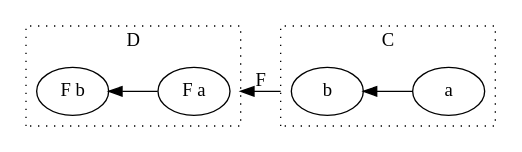
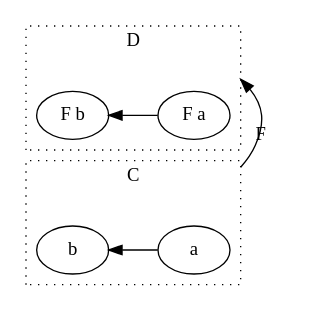
The fifth of 6 diagrams in org/grokking-monad/index.org (jcouyang/blog), drawn with Graphviz before and after one commit. The commit also changed other lines of this file and 3 other files, not shown here.

Commit message:
put part 2 to another article, update kleisli graph, and few minor changes

```diff
--- a/org/grokking-monad/index.org
+++ b/org/grokking-monad/index.org
@@ -346,22 +356,28 @@
 #+BEGIN_SRC dot :file images/yoneda-lemma.svg  :exports results
-  digraph {
-          rankdir=RL
-          compound=true;
-
-                  subgraph cluster_C {
-                          style=dotted
-                          label=C
-                          a;b;
-                          a -> b
-                  }
+    digraph {
+            rankdir=RL
+            newrank=true;
+            compound=true;
+            subgraph cluster_C {
+                  0[style=invis,shape=point,height=0,margin=0];
+                    style=dotted
+                    label=C
+                    a;b;
+                    a -> b
+            }
 
 
 
-          subgraph cluster_D {
-                  style=dotted
-                  label=D
-                  "F a" -> "F b"
-          }
-          b -> "F a"[ltail=cluster_C,lhead=cluster_D, label=F]
-  }
+            subgraph cluster_D {
+                  1[style=invis, shape=point,height=0,margin=0];
+                    style=dotted
+                    label=D
+                    "F a" -> "F b"
+            }
+            edge[constraint=false, style=solid];
+            0 -> 1[ltail=cluster_C, lhead=cluster_D, label=F]
+            // a -> F [ltail=cluster_C,arrowhead=none]
+            // F ->"F a"[lhead=cluster_D]
+            {rank=same;a;"F a"}
+    }
 #+END_SRC
```
